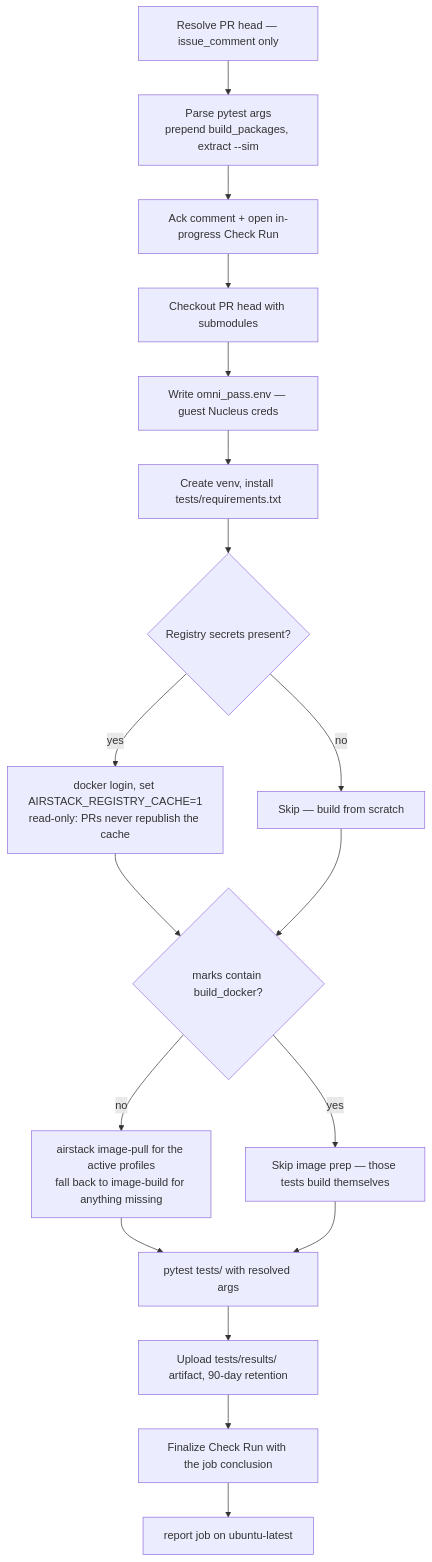
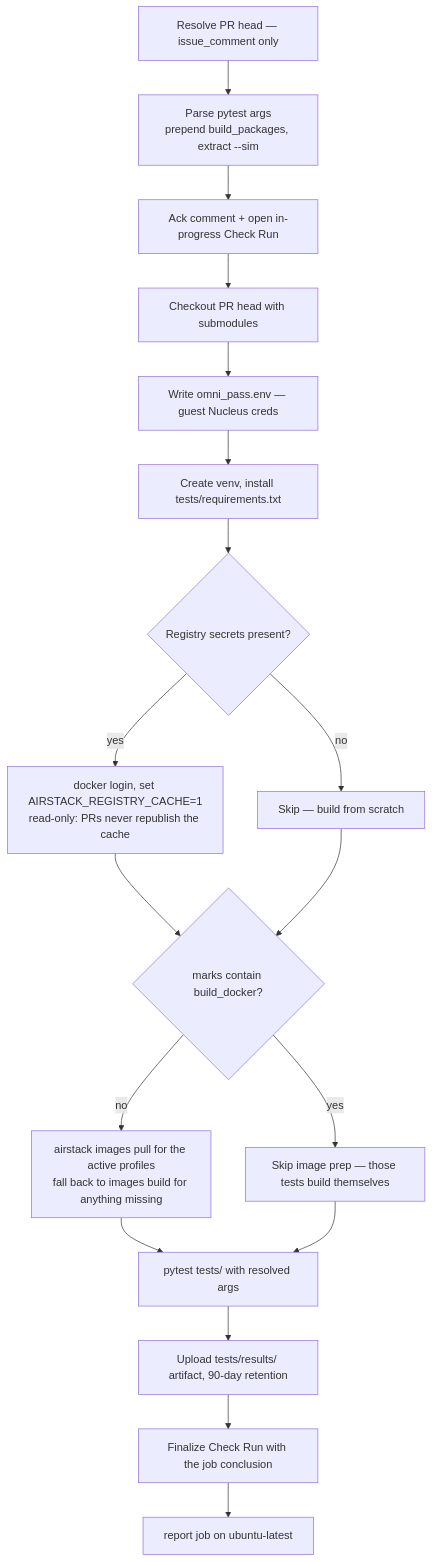
The fourth of 8 diagrams in docs/development/intermediate/testing/ci_cd.md (castacks/AirStack), drawn with Mermaid before and after one commit. The commit also changed other lines of this file and 24 other files, not shown here.

````diff
--- a/docs/development/intermediate/testing/ci_cd.md
+++ b/docs/development/intermediate/testing/ci_cd.md
@@ -224,20 +224,20 @@
 ```mermaid
 flowchart TD
   a["Resolve PR head — issue_comment only"] --> b["Parse pytest args<br/>prepend build_packages, extract --sim"]
   b --> c["Ack comment + open in-progress Check Run"]
   c --> d["Checkout PR head with submodules"]
   d --> e["Write omni_pass.env — guest Nucleus creds"]
   e --> f["Create venv, install tests/requirements.txt"]
   f --> g{"Registry secrets present?"}
   g -- yes --> h["docker login, set AIRSTACK_REGISTRY_CACHE=1<br/>read-only: PRs never republish the cache"]
   g -- no --> i["Skip — build from scratch"]
   h --> j{"marks contain build_docker?"}
   i --> j
   j -- yes --> l["Skip image prep — those tests build themselves"]
-  j -- no --> k["airstack image-pull for the active profiles<br/>fall back to image-build for anything missing"]
+  j -- no --> k["airstack images pull for the active profiles<br/>fall back to images build for anything missing"]
   k --> m["pytest tests/ with resolved args"]
   l --> m
   m --> n["Upload tests/results/ artifact, 90-day retention"]
   n --> o["Finalize Check Run with the job conclusion"]
   o --> p["report job on ubuntu-latest"]
 ```
````
